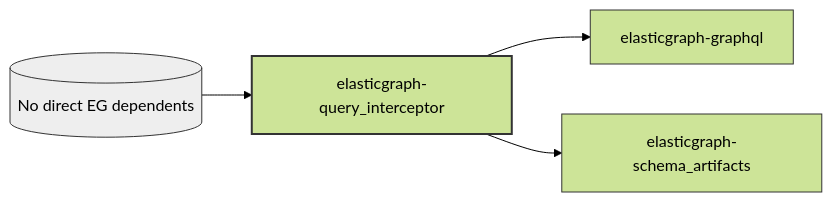
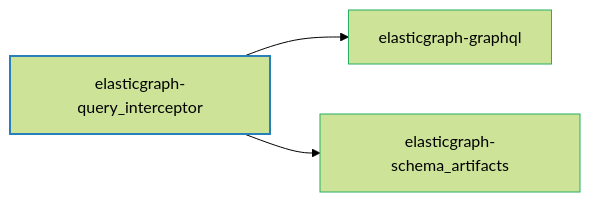
The diagram in elasticgraph-query_interceptor/README.md (block/elasticgraph), drawn with Mermaid (forest theme) before and after one commit. The commit also changed 21 other files, not shown here.

````diff
--- a/elasticgraph-query_interceptor/README.md
+++ b/elasticgraph-query_interceptor/README.md
@@ -9,14 +9,11 @@
 ```mermaid
 graph LR;
+    elasticgraph-query_interceptor["elasticgraph-query_interceptor"];
+    elasticgraph-graphql["elasticgraph-graphql"];
     elasticgraph-query_interceptor --> elasticgraph-graphql;
+    elasticgraph-schema_artifacts["elasticgraph-schema_artifacts"];
     elasticgraph-query_interceptor --> elasticgraph-schema_artifacts;
-    no_eg_dependents[(No direct EG dependents)] --> elasticgraph-query_interceptor;
-    classDef currentGemStyle fill:#lightblue,stroke:#333,stroke-width:2px;
-    classDef internalEgGemStyle fill:#lightgreen,stroke:#333,stroke-width:1px;
-    classDef externalGemStyle fill:#lightcoral,stroke:#333,stroke-width:1px;
-    classDef placeholderNodeStyle fill:#eee,stroke:#333,stroke-width:1px;
-    class elasticgraph-query_interceptor currentGemStyle;
-    class elasticgraph-graphql internalEgGemStyle;
-    class elasticgraph-schema_artifacts internalEgGemStyle;
-    class no_eg_dependents placeholderNodeStyle;
+    style elasticgraph-query_interceptor fill:#lightblue,stroke:#2980b9,stroke-width:2px,color:#000;
+    style elasticgraph-graphql fill:#lightgreen,stroke:#27ae60,stroke-width:1px,color:#000;
+    style elasticgraph-schema_artifacts fill:#lightgreen,stroke:#27ae60,stroke-width:1px,color:#000;
 ```
````
